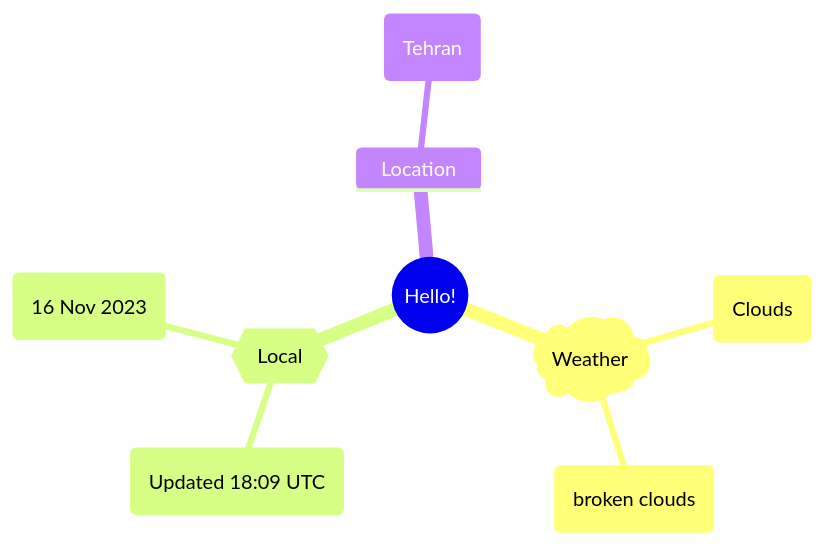
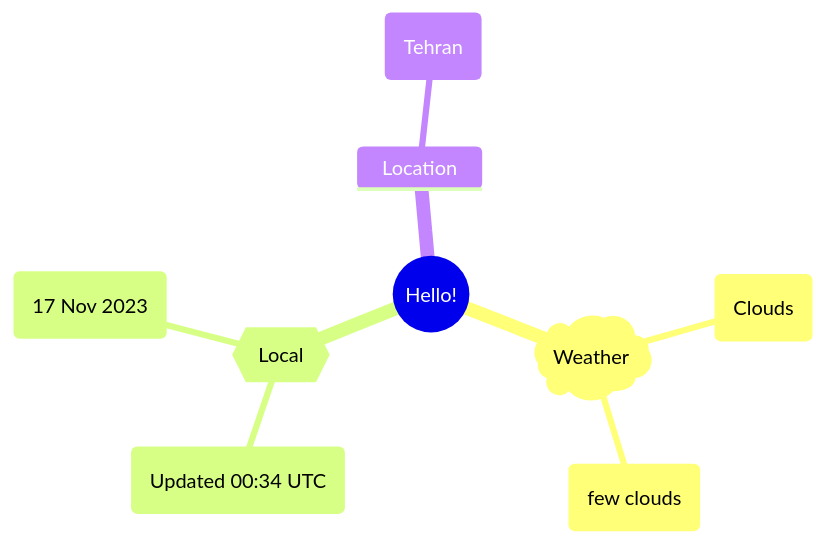
Before and after one commit to Xosrov/Xosrov: the first of 2 diagrams in README.md, drawn with Mermaid.

Commit message:
[bot] updated images

````diff
--- a/README.md
+++ b/README.md
@@ -3,12 +3,12 @@
 ```mermaid
 mindmap
   root((Hello!))
     )Weather(
         (Clouds)
-        (broken clouds)
+        (few clouds)
     {{Local}}
-        (Updated 18:09 UTC)
-        (16 Nov 2023)
+        (Updated 00:34 UTC)
+        (17 Nov 2023)
     Location
         (Tehran)
 ```
````
